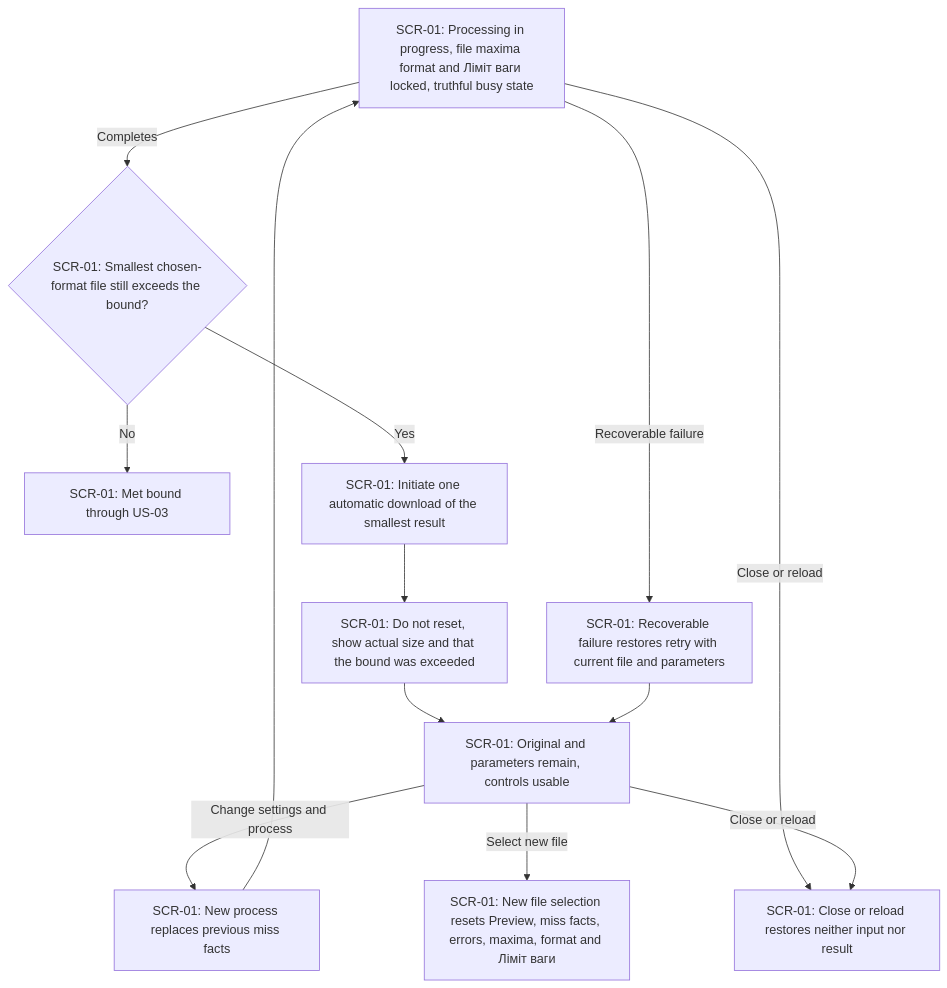
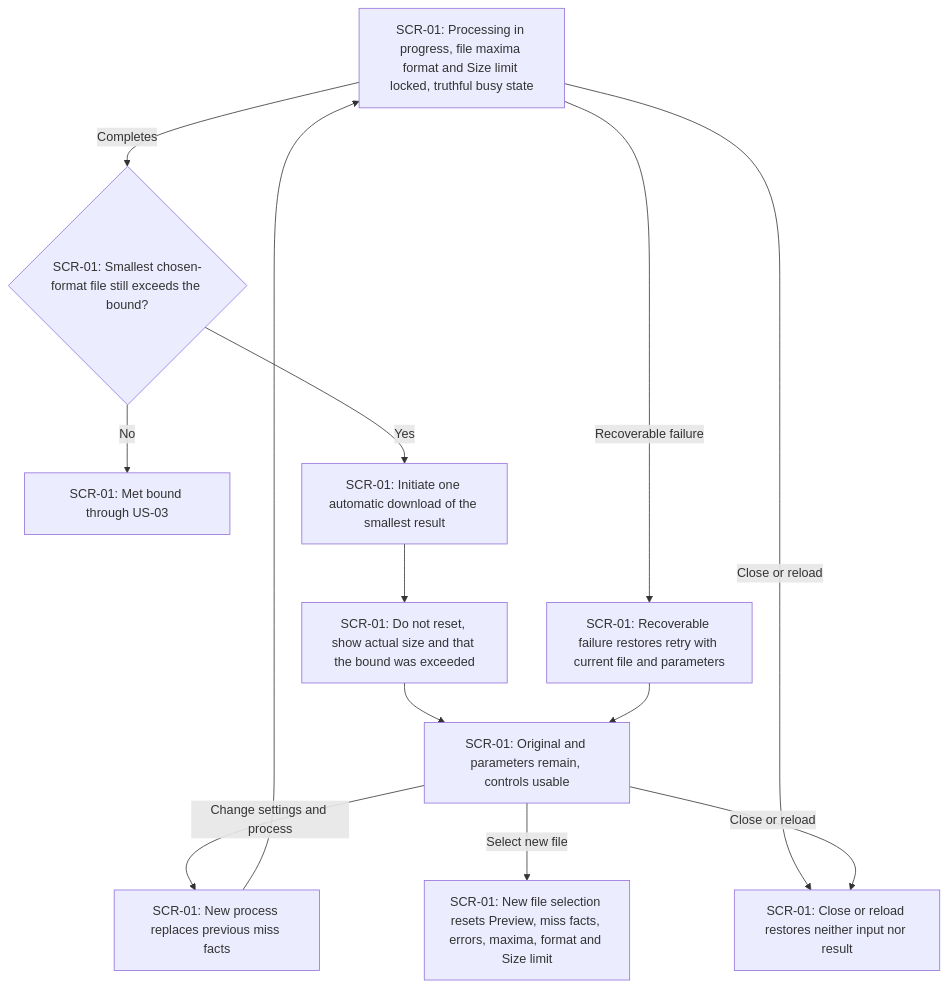
The fourth of 5 diagrams in docs/features/image-size-limit/ux-flows.md (shved270189/image_compressor), drawn with Mermaid before and after one commit. The commit also changed other lines of this file and 46 other files, not shown here.

````diff
--- a/docs/features/image-size-limit/ux-flows.md
+++ b/docs/features/image-size-limit/ux-flows.md
@@ -122,25 +122,25 @@
 ```mermaid
 flowchart TD
-    S4_WAIT["SCR-01: Processing in progress, file maxima format and Ліміт ваги locked, truthful busy state"]
+    S4_WAIT["SCR-01: Processing in progress, file maxima format and Size limit locked, truthful busy state"]
     S4_DONE{"SCR-01: Smallest chosen-format file still exceeds the bound?"}
     S4_SUCCESS["SCR-01: Met bound through US-03"]
     S4_DOWNLOAD["SCR-01: Initiate one automatic download of the smallest result"]
     S4_KEEP["SCR-01: Do not reset, show actual size and that the bound was exceeded"]
     S4_RETRY["SCR-01: Original and parameters remain, controls usable"]
     S4_REPLACE["SCR-01: New process replaces previous miss facts"]
-    S4_NEWFILE["SCR-01: New file selection resets Preview, miss facts, errors, maxima, format and Ліміт ваги"]
+    S4_NEWFILE["SCR-01: New file selection resets Preview, miss facts, errors, maxima, format and Size limit"]
     S4_FAIL["SCR-01: Recoverable failure restores retry with current file and parameters"]
     S4_REOPEN["SCR-01: Close or reload restores neither input nor result"]
     S4_WAIT -->|Completes| S4_DONE
     S4_DONE -->|No| S4_SUCCESS
     S4_DONE -->|Yes| S4_DOWNLOAD
     S4_DOWNLOAD --> S4_KEEP
     S4_KEEP --> S4_RETRY
     S4_RETRY -->|Change settings and process| S4_REPLACE
     S4_REPLACE --> S4_WAIT
     S4_RETRY -->|Select new file| S4_NEWFILE
     S4_WAIT -->|Recoverable failure| S4_FAIL
     S4_FAIL --> S4_RETRY
     S4_WAIT -->|Close or reload| S4_REOPEN
     S4_RETRY -->|Close or reload| S4_REOPEN
 ```
````
